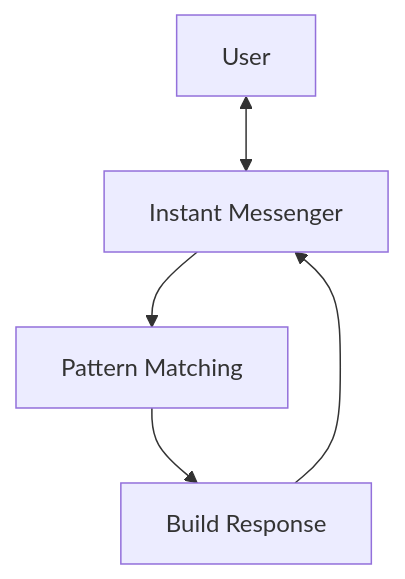
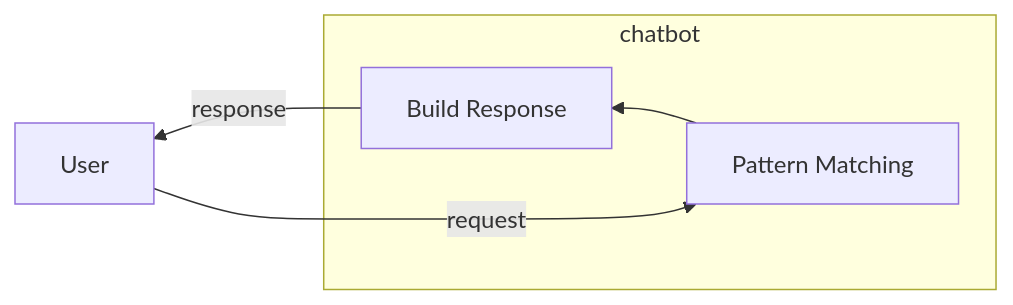
One commit to gasolin/blog changed the fourth of 5 diagrams in source/_posts/how-bot-works.md. Above: the diagram before and after it, drawn with Mermaid. The commit also changed other lines of this file, not shown here.

Commit message:
improve graph

```diff
--- a/source/_posts/how-bot-works.md
+++ b/source/_posts/how-bot-works.md
@@ -75,7 +94,8 @@
 {% mermaid %}
-graph TD
-User <--> Messenger[Instant Messenger]
-Messenger --> Matcher[Pattern Matching]
-Matcher --> Responder[Build Response]
-Responder --> Messenger
+graph RL
+subgraph chatbot
+Matcher[Pattern Matching] --> Responder[Build Response]
+end
+User -- request --> Matcher
+Responder -- response --> User
 {% endmermaid %}
```
